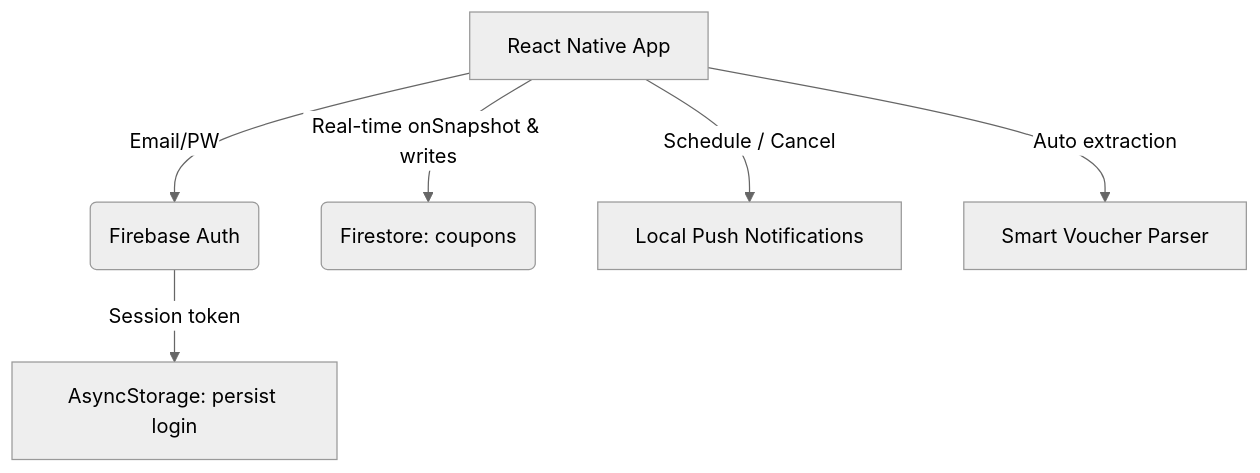
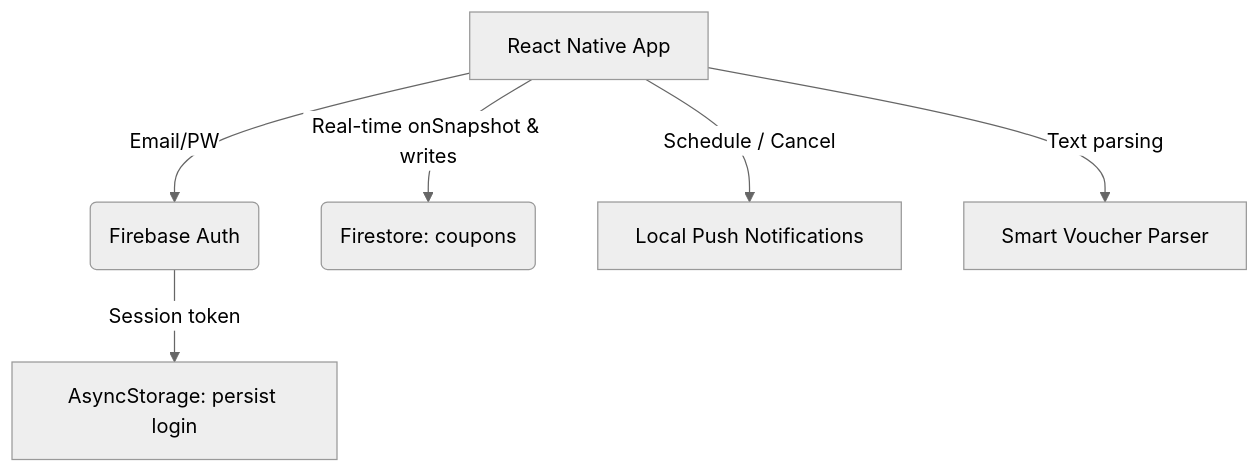
The diagram in README.md (liminal-cipher/wallet-sync), drawn with Mermaid (neutral theme) before and after one commit. The commit also changed other lines of this file, not shown here.

Commit message:
docs(readme): clarify parser and sync scope

````diff
--- a/README.md
+++ b/README.md
@@ -32,8 +32,8 @@
 ```mermaid
 graph TD
     A[React Native App] -->|Email/PW| B(Firebase Auth)
     B -->|Session token| C[AsyncStorage: persist login]
     A -->|Real-time onSnapshot & writes| D(Firestore: coupons)
     A -->|Schedule / Cancel| E[Local Push Notifications]
-    A -->|Auto extraction| F[Smart Voucher Parser]
+    A -->|Text parsing| F[Smart Voucher Parser]
 ```
````
